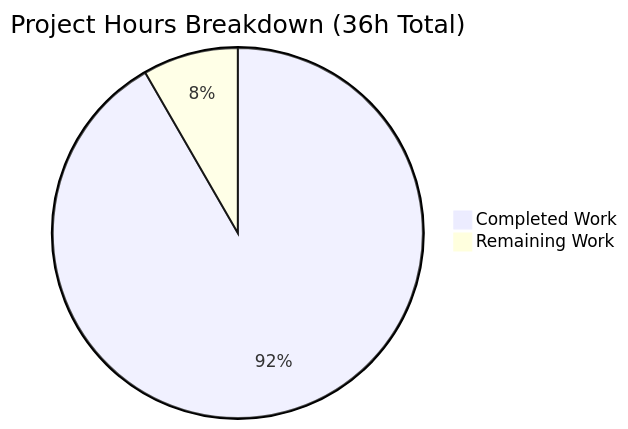
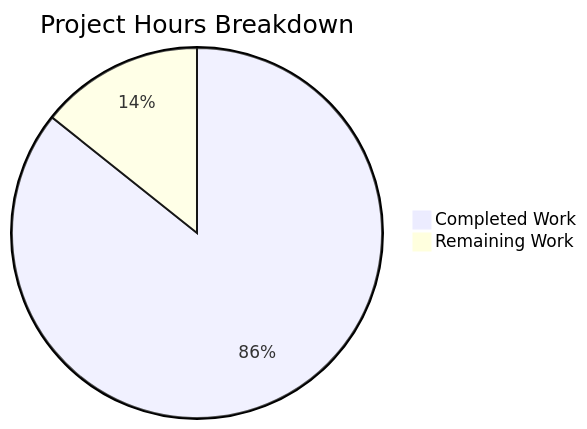
The diagram in blitzy/documentation/Project Guide.md (lakshya-blitzy/Dec_repo_with_valid_mul_files), drawn with Mermaid before and after one commit. The commit also changed other lines of this file, not shown here.

Commit message:
Adding Blitzy Project Guide: Project Status and Human Tasks Remaining

````diff
--- a/blitzy/documentation/Project Guide.md
+++ b/blitzy/documentation/Project Guide.md
@@ -64,5 +31,5 @@
 ```mermaid
-pie title Project Hours Breakdown (36h Total)
-    "Completed Work" : 33
-    "Remaining Work" : 3
+pie title Project Hours Breakdown
+    "Completed Work" : 30
+    "Remaining Work" : 5
 ```
````
